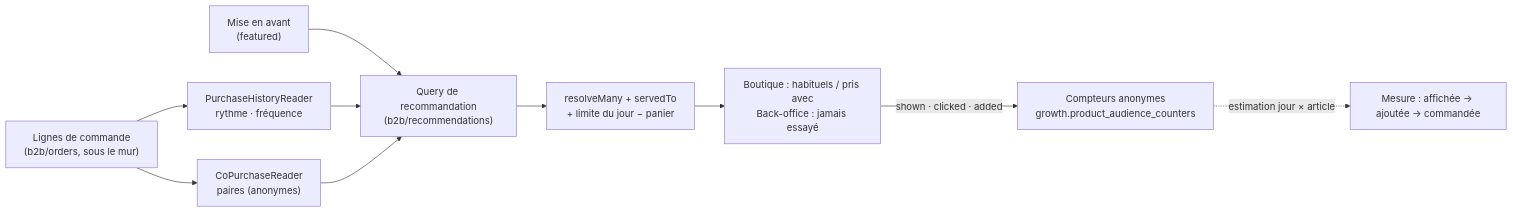
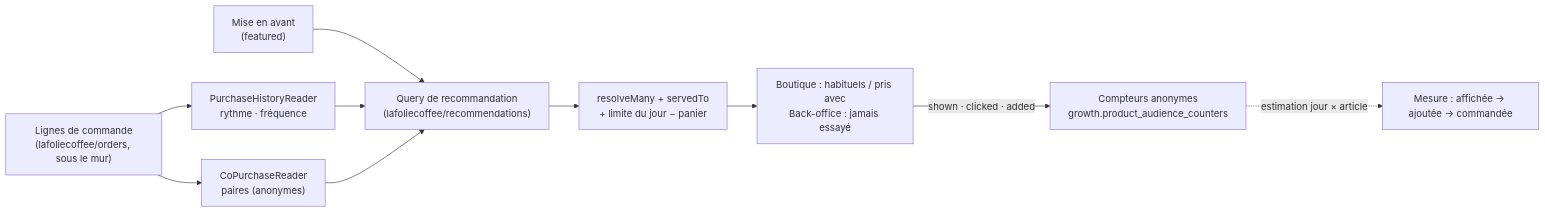
Before and after one commit to hugoheynard/lfd: the diagram in documentation/recommandation-produit/plan-recommandation-de-produits.md, drawn with Mermaid. The commit also changed other lines of this file and 6369 other files, not shown here.

````diff
--- a/documentation/recommandation-produit/plan-recommandation-de-produits.md
+++ b/documentation/recommandation-produit/plan-recommandation-de-produits.md
@@ -231,12 +231,12 @@
 ```mermaid
 flowchart LR
-    OL["Lignes de commande<br/>(b2b/orders, sous le mur)"] --> H["PurchaseHistoryReader<br/>rythme · fréquence"]
+    OL["Lignes de commande<br/>(lafoliecoffee/orders, sous le mur)"] --> H["PurchaseHistoryReader<br/>rythme · fréquence"]
     OL --> C["CoPurchaseReader<br/>paires (anonymes)"]
     F["Mise en avant<br/>(featured)"] --> Q
-    H --> Q["Query de recommandation<br/>(b2b/recommendations)"]
+    H --> Q["Query de recommandation<br/>(lafoliecoffee/recommendations)"]
     C --> Q
     Q --> S["resolveMany + servedTo<br/>+ limite du jour − panier"]
     S --> UI["Boutique : habituels / pris avec<br/>Back-office : jamais essayé"]
     UI -->|"shown · clicked · added"| J["Compteurs anonymes<br/>growth.product_audience_counters"]
     J -.->|"estimation jour × article"| M["Mesure : affichée → ajoutée → commandée"]
 ```
````
